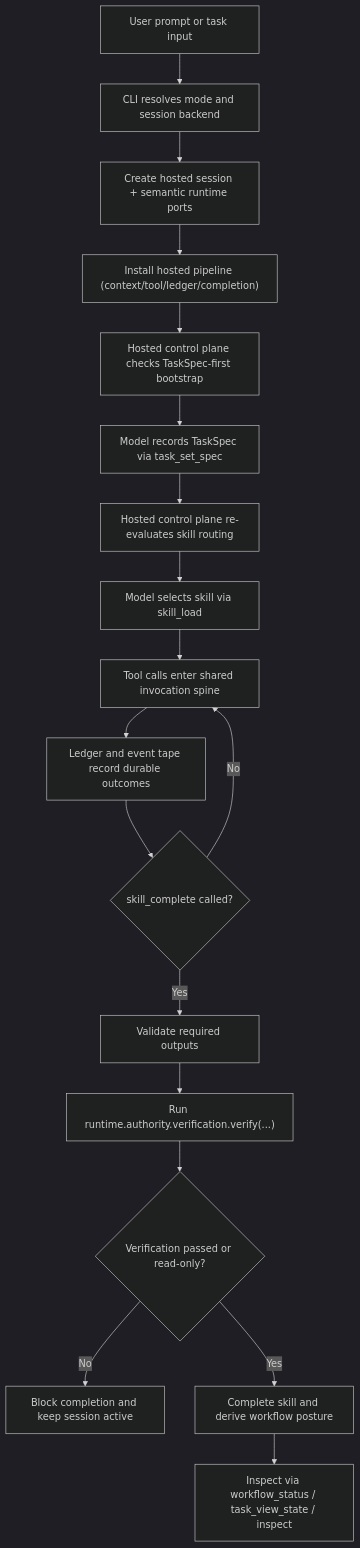
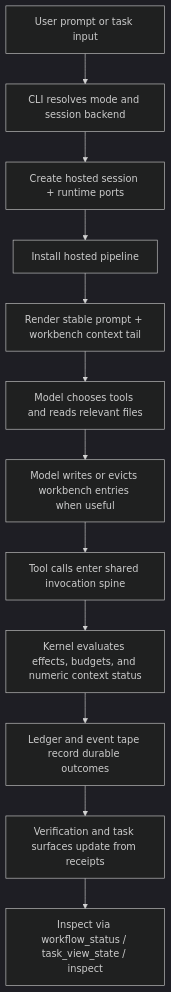
Before and after one commit to arcthur/brewva: the diagram in docs/journeys/operator/interactive-session.md, drawn with Mermaid (dark theme). The commit also changed other lines of this file and 523 other files, not shown here.

First line of the commit message:
feat(runtime)!: complete model-operated context reset

````diff
--- a/docs/journeys/operator/interactive-session.md
+++ b/docs/journeys/operator/interactive-session.md
@@ -45,20 +47,14 @@
 ```mermaid
 flowchart TD
   A["User prompt or task input"] --> B["CLI resolves mode and session backend"]
-  B --> C["Create hosted session + semantic runtime ports"]
-  C --> D["Install hosted pipeline (context/tool/ledger/completion)"]
-  D --> E["Hosted control plane checks TaskSpec-first bootstrap"]
-  E --> F["Model records TaskSpec via task_set_spec"]
-  F --> G["Hosted control plane re-evaluates skill routing"]
-  G --> H["Model selects skill via skill_load"]
-  H --> I["Tool calls enter shared invocation spine"]
+  B --> C["Create hosted session + runtime ports"]
+  C --> D["Install hosted pipeline"]
+  D --> E["Render stable prompt + workbench context tail"]
+  E --> F["Model chooses tools and reads relevant files"]
+  F --> G["Model writes or evicts workbench entries when useful"]
+  G --> H["Tool calls enter shared invocation spine"]
+  H --> I["Kernel evaluates effects, budgets, and numeric context status"]
   I --> J["Ledger and event tape record durable outcomes"]
-  J --> K{"skill_complete called?"}
-  K -->|No| I
-  K -->|Yes| L["Validate required outputs"]
-  L --> M["Run runtime.authority.verification.verify(...)"]
-  M --> N{"Verification passed or read-only?"}
-  N -->|No| O["Block completion and keep session active"]
-  N -->|Yes| P["Complete skill and derive workflow posture"]
-  P --> Q["Inspect via workflow_status / task_view_state / inspect"]
+  J --> K["Verification and task surfaces update from receipts"]
+  K --> L["Inspect via workflow_status / task_view_state / inspect"]
 ```
````
